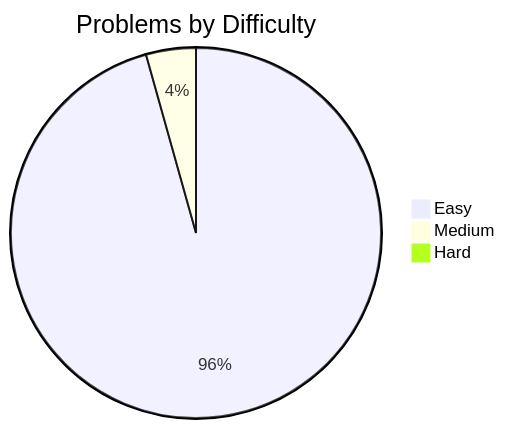
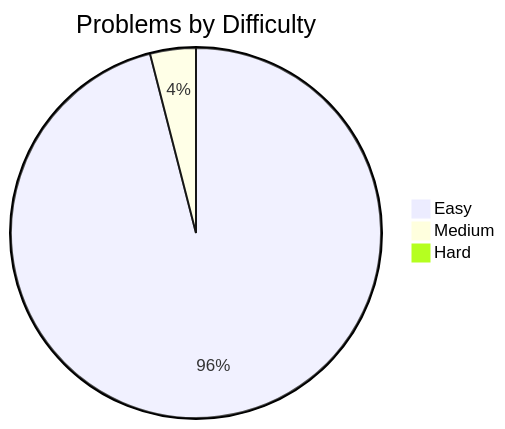
The diagram in README.md (davelin18yufan/leetcode-journal), drawn with Mermaid before and after one commit. The commit also changed other lines of this file and 2 other files, not shown here.

````diff
--- a/README.md
+++ b/README.md
@@ -9,7 +7,7 @@
 ```mermaid
 pie
     title Problems by Difficulty
-    "Easy" : 22
+    "Easy" : 24
     "Medium" : 1
     "Hard" : 0
 ```
````
